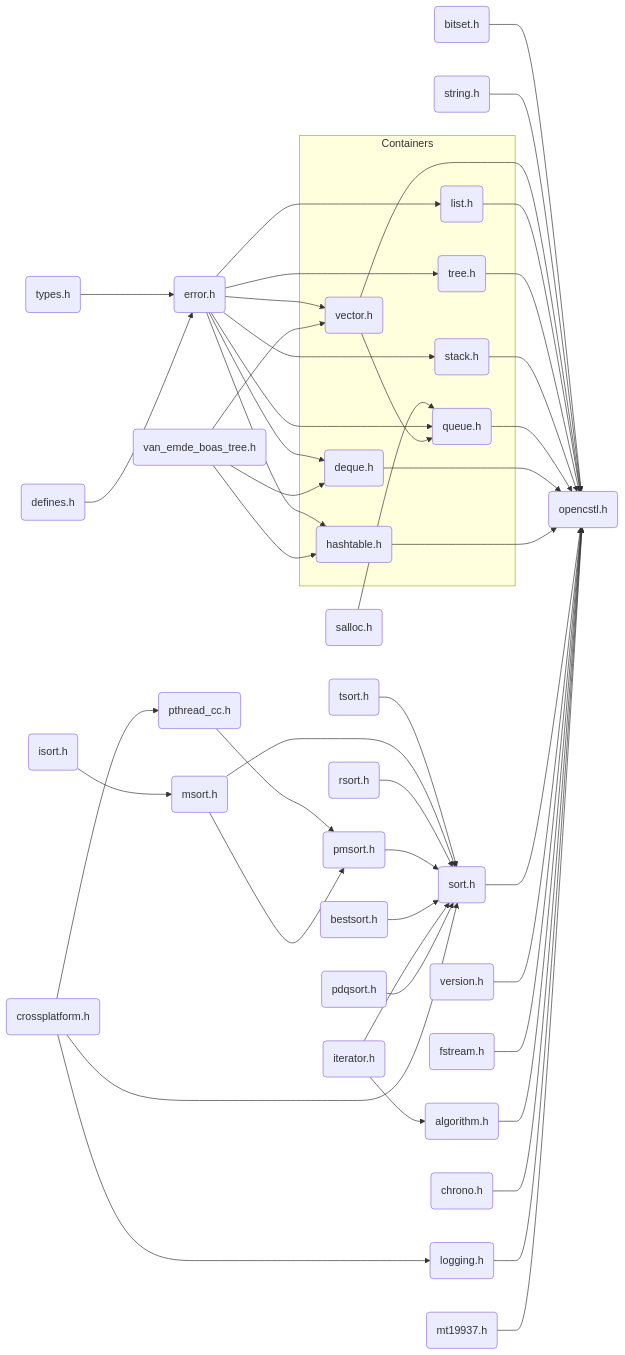
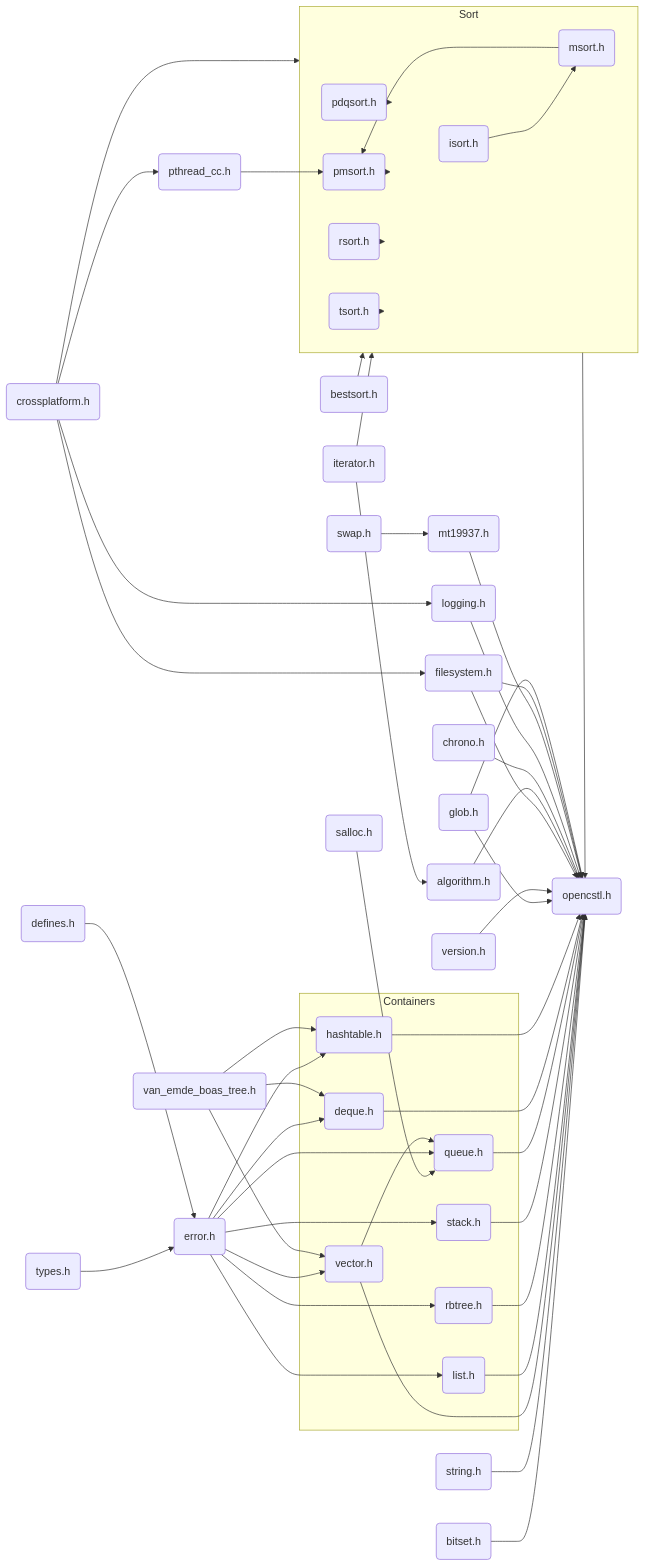
Before and after one commit to springkim/OpenCSTL: the diagram in README.md, drawn with Mermaid. The commit also changed other lines of this file and 26 other files, not shown here.

First line of the commit message:
Add bench_sort2, faker names and FS/glob headers

````diff
--- a/README.md
+++ b/README.md
@@ -217,59 +245,73 @@
 ```mermaid
 
   flowchart LR
       T(types.h) --> E(error.h)
       D(defines.h) --> E(error.h)
       C(crossplatform.h) --> L(logging.h)
       C(crossplatform.h) --> PTHREADCC(pthread_cc.h)
       E(error.h) --> V(vector.h)
       E(error.h) --> LST(list.h)
       E(error.h) --> S(stack.h)
       SALLOC(salloc.h) --> Q(queue.h)
       E(error.h) --> Q(queue.h)
       V(vector.h) --> Q(queue.h)
-      E(error.h) --> TREE(tree.h)
+      E(error.h) --> TREE(rbtree.h)
       E(error.h) --> DQ(deque.h)
       E(error.h) --> H(hashtable.h)
       VEBT(van_emde_boas_tree.h) --> H(hashtable.h)
       VEBT(van_emde_boas_tree.h) --> V(vector.h)
       VEBT(van_emde_boas_tree.h) --> DQ(deque.h)
 
       subgraph CONTAINERS[Containers]
           V(vector.h)
           LST(list.h)
           S(stack.h)
           Q(queue.h)
           TREE(tree.h)
           DQ(deque.h)
           H(hashtable.h)
       end
+      
+      subgraph SORT[Sort]
+      	ISORT(isort.h)
+      	TSORT(tsort.h)
+      	MSORT(msort.h)
+      	RSORT(rsort.h)
+      	PMSORT(pmsort.h)
+      	PDQSORT(pdqsort.h)
+      end
 
 	  B(bitset.h) --> OCSTL(opencstl.h)
 	  STR(string.h) --> OCSTL(opencstl.h)
       V(vector.h) --> OCSTL(opencstl.h)
       LST(list.h) --> OCSTL(opencstl.h)
-      TREE(tree.h) --> OCSTL(opencstl.h)
+      TREE(rbtree.h) --> OCSTL(opencstl.h)
       S(stack.h) --> OCSTL(opencstl.h)
       Q(queue.h) --> OCSTL(opencstl.h)
       DQ(deque.h) --> OCSTL(opencstl.h)
       H(hashtable.h) --> OCSTL(opencstl.h)
       ISORT(isort.h) --> MSORT(msort.h)
       TSORT(tsort.h) --> SORT(sort.h)
       MSORT(msort.h) --> SORT(sort.h)
       RSORT(rsort.h) --> SORT(sort.h)
       PTHREADCC(pthread_cc.h) --> PMSORT(pmsort.h)
       MSORT(msort.h) --> PMSORT(pmsort.h)
       PMSORT(pmsort.h) --> SORT(sort.h)
       BSORT(bestsort.h) --> SORT(sort.h)
       ITER(iterator.h) --> SORT(sort.h)
       ITER(iterator.h) --> ALGO(algorithm.h)
       PDQSORT(pdqsort.h) --> SORT(sort.h)
       C(crossplatform.h) --> SORT(sort.h)
+      GLOB(glob.h) --> OCSTL(opencstl.h)
       SORT(sort.h) --> OCSTL(opencstl.h)
       VER(version.h) --> OCSTL(opencstl.h)
       FS(fstream.h) --> OCSTL(opencstl.h)
       ALGO(algorithm.h) --> OCSTL(opencstl.h)
       WATCH(chrono.h) --> OCSTL(opencstl.h)
       L(logging.h) --> OCSTL(opencstl.h)
       MT(mt19937.h) --> OCSTL(opencstl.h)
+      SWAP(swap.h) --> MT(mt19937.h)
+      C(crossplatform.h) --> FS(filesystem.h)
+      FS(filesystem.h) --> OCSTL(opencstl.h)
+      GLOB(glob.h) --> OCSTL(opencstl.h)
 ```
````
